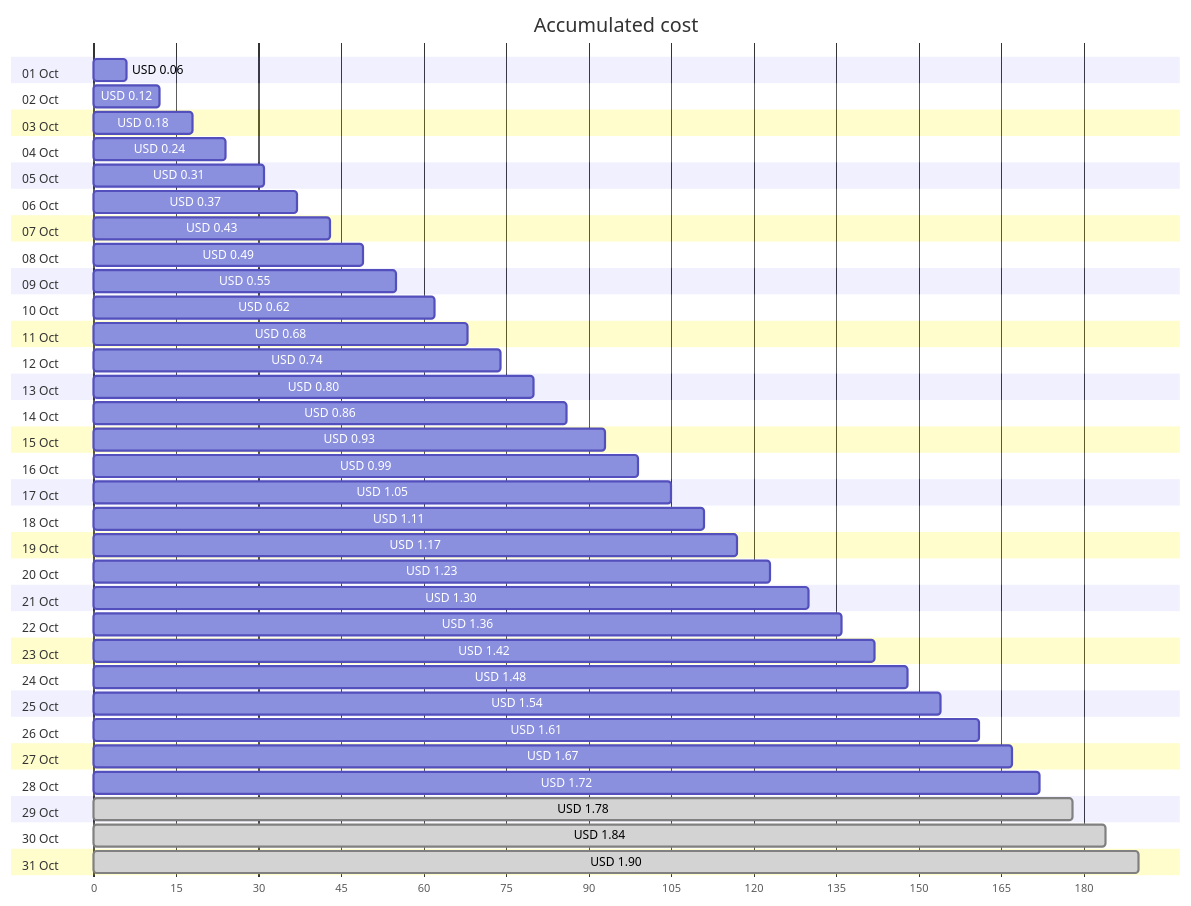
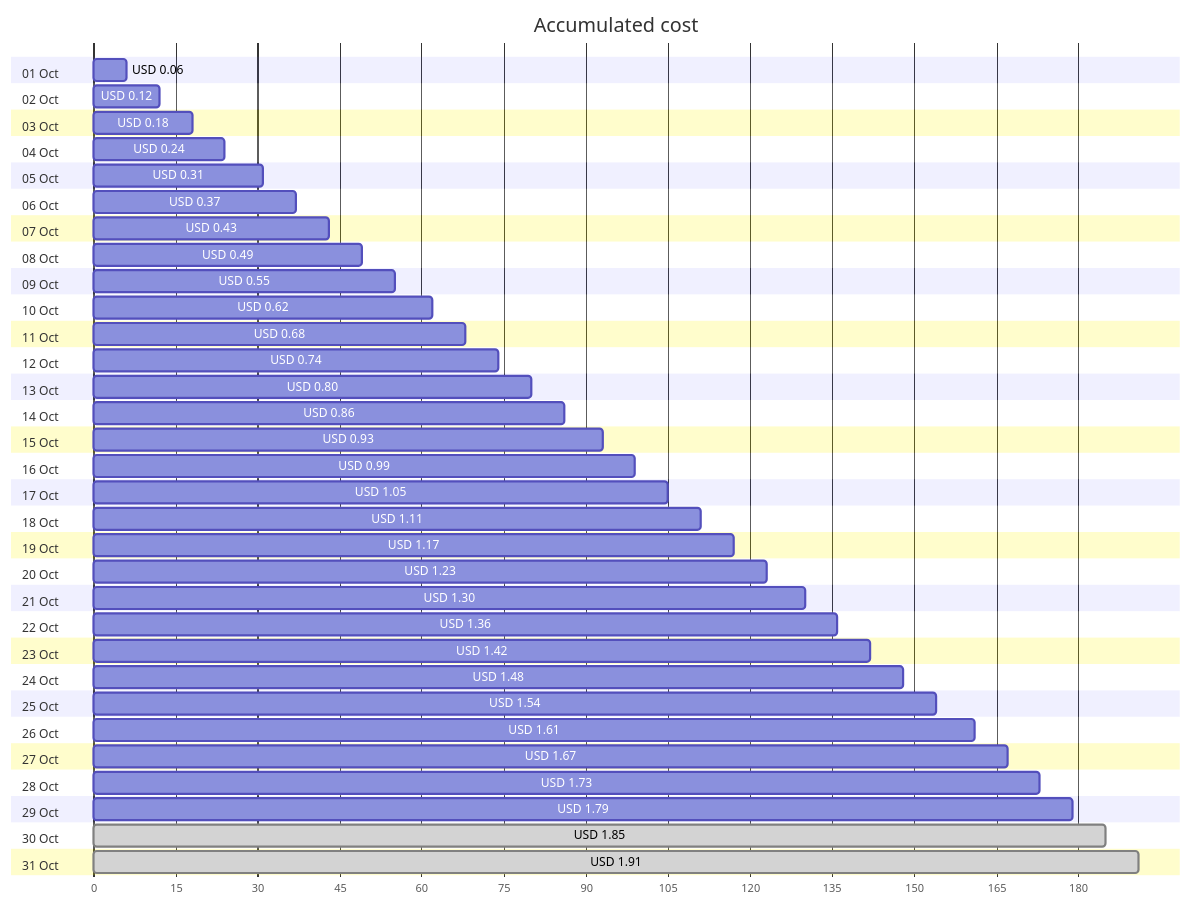
One commit to jpfulton/azure-personal-reports changed the first of 4 diagrams in cost-reports/personal-network/backup-server_OsDisk.md. Above: the diagram before and after it, drawn with Mermaid. The commit also changed other lines of this file and 8 other files, not shown here.

````diff
--- a/cost-reports/personal-network/backup-server_OsDisk.md
+++ b/cost-reports/personal-network/backup-server_OsDisk.md
@@ -20,68 +20,68 @@
 ```mermaid
 gantt
    title Accumulated cost
    dateFormat  X
    axisFormat %s
    section 01 Oct
    USD 0.06 :0, 6
    section 02 Oct
    USD 0.12 :0, 12
    section 03 Oct
    USD 0.18 :0, 18
    section 04 Oct
    USD 0.24 :0, 24
    section 05 Oct
    USD 0.31 :0, 31
    section 06 Oct
    USD 0.37 :0, 37
    section 07 Oct
    USD 0.43 :0, 43
    section 08 Oct
    USD 0.49 :0, 49
    section 09 Oct
    USD 0.55 :0, 55
    section 10 Oct
    USD 0.62 :0, 62
    section 11 Oct
    USD 0.68 :0, 68
    section 12 Oct
    USD 0.74 :0, 74
    section 13 Oct
    USD 0.80 :0, 80
    section 14 Oct
    USD 0.86 :0, 86
    section 15 Oct
    USD 0.93 :0, 93
    section 16 Oct
    USD 0.99 :0, 99
    section 17 Oct
    USD 1.05 :0, 105
    section 18 Oct
    USD 1.11 :0, 111
    section 19 Oct
    USD 1.17 :0, 117
    section 20 Oct
    USD 1.23 :0, 123
    section 21 Oct
    USD 1.30 :0, 130
    section 22 Oct
    USD 1.36 :0, 136
    section 23 Oct
    USD 1.42 :0, 142
    section 24 Oct
    USD 1.48 :0, 148
    section 25 Oct
    USD 1.54 :0, 154
    section 26 Oct
    USD 1.61 :0, 161
    section 27 Oct
    USD 1.67 :0, 167
    section 28 Oct
-   USD 1.72 :0, 172
+   USD 1.73 :0, 173
    section 29 Oct
-   USD 1.78 : done, 0, 178
+   USD 1.79 :0, 179
    section 30 Oct
-   USD 1.84 : done, 0, 184
+   USD 1.85 : done, 0, 185
    section 31 Oct
-   USD 1.90 : done, 0, 190
+   USD 1.91 : done, 0, 191
 ```
````
